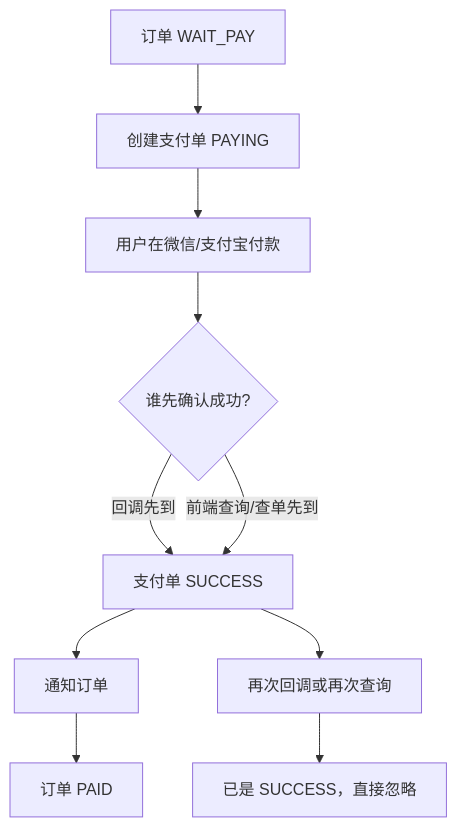
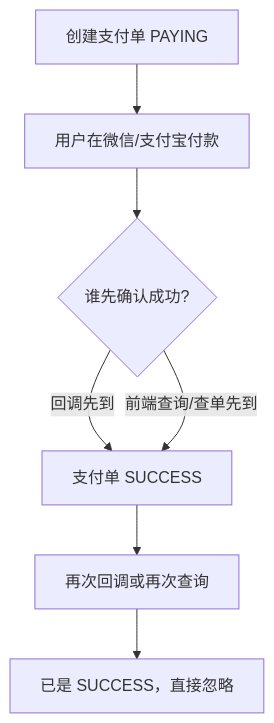
One commit to jv-morningGlory/- changed the third of 10 diagrams in Java/Spring/场景题/支付系统/user-order-payment-status.md. Above: the diagram before and after it, drawn with Mermaid. The commit also changed other lines of this file, not shown here.

````diff
--- a/Java/Spring/场景题/支付系统/user-order-payment-status.md
+++ b/Java/Spring/场景题/支付系统/user-order-payment-status.md
@@ -97,12 +72,9 @@
 ```mermaid
 flowchart TD
-    A[订单 WAIT_PAY] --> B[创建支付单 PAYING]
-    B --> C[用户在微信/支付宝付款]
-    C --> D{谁先确认成功?}
-    D -->|回调先到| E[支付单 SUCCESS]
-    D -->|前端查询/查单先到| E
-    E --> F[通知订单]
-    F --> G[订单 PAID]
-    E --> H[再次回调或再次查询]
-    H --> I[已是 SUCCESS，直接忽略]
+    A[创建支付单 PAYING] --> B[用户在微信/支付宝付款]
+    B --> C{谁先确认成功?}
+    C -->|回调先到| D[支付单 SUCCESS]
+    C -->|前端查询/查单先到| D
+    D --> E[再次回调或再次查询]
+    E --> F[已是 SUCCESS，直接忽略]
 ```
````
